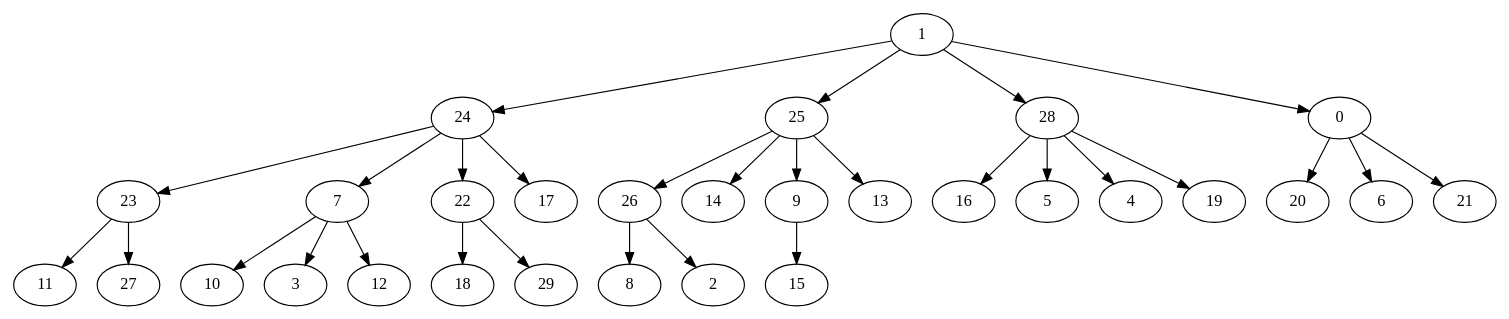
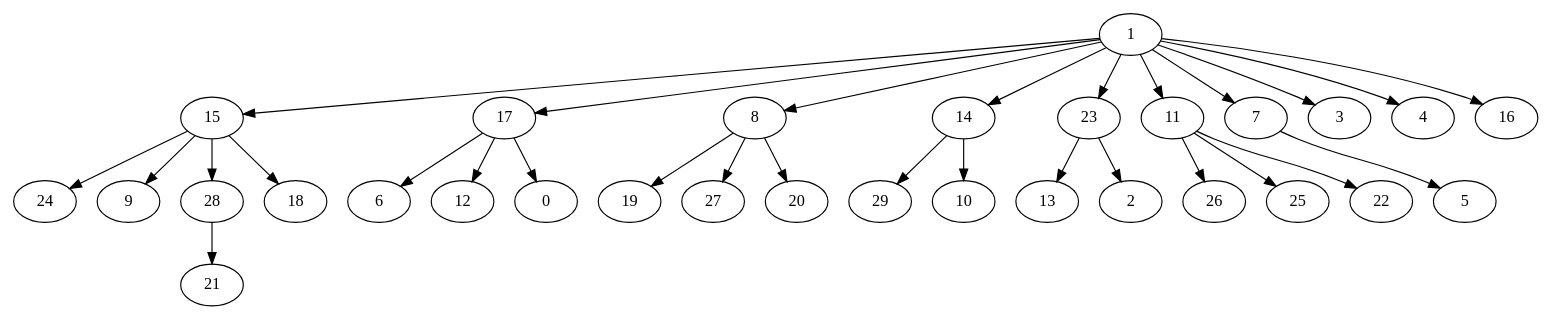
Before and after one commit to GusRojas/Grafos2DAA_A24: the diagram in arbol_bfs_erdos30.gv, drawn with Graphviz. The commit also changed 14 other files, not shown here.

```diff
--- a/arbol_bfs_erdos30.gv
+++ b/arbol_bfs_erdos30.gv
@@ -1,31 +1,31 @@
 digraph {
-  1 -> 24;
-  1 -> 25;
-  1 -> 28;
-  1 -> 0;
-  24 -> 23;
-  24 -> 7;
-  24 -> 22;
-  24 -> 17;
-  25 -> 26;
-  25 -> 14;
-  25 -> 9;
-  25 -> 13;
-  28 -> 16;
-  28 -> 5;
-  28 -> 4;
-  28 -> 19;
-  0 -> 20;
-  0 -> 6;
-  0 -> 21;
-  23 -> 11;
-  23 -> 27;
-  7 -> 10;
-  7 -> 3;
-  7 -> 12;
-  22 -> 18;
-  22 -> 29;
-  26 -> 8;
-  26 -> 2;
-  9 -> 15;
+  1 -> 15;
+  1 -> 17;
+  1 -> 8;
+  1 -> 14;
+  1 -> 23;
+  1 -> 11;
+  1 -> 7;
+  1 -> 3;
+  1 -> 4;
+  1 -> 16;
+  15 -> 24;
+  15 -> 9;
+  15 -> 28;
+  15 -> 18;
+  17 -> 6;
+  17 -> 12;
+  17 -> 0;
+  8 -> 19;
+  8 -> 27;
+  8 -> 20;
+  14 -> 29;
+  14 -> 10;
+  23 -> 13;
+  23 -> 2;
+  11 -> 26;
+  11 -> 25;
+  11 -> 22;
+  7 -> 5;
+  28 -> 21;
 }
```
